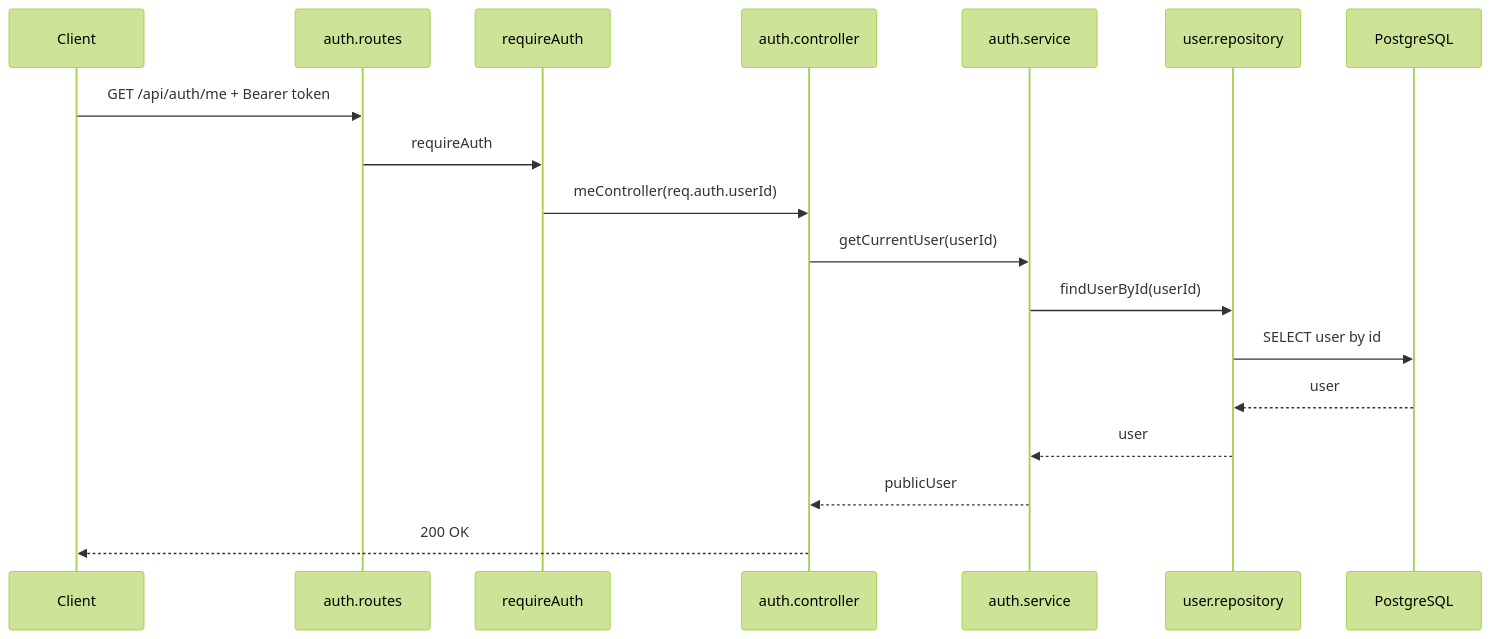
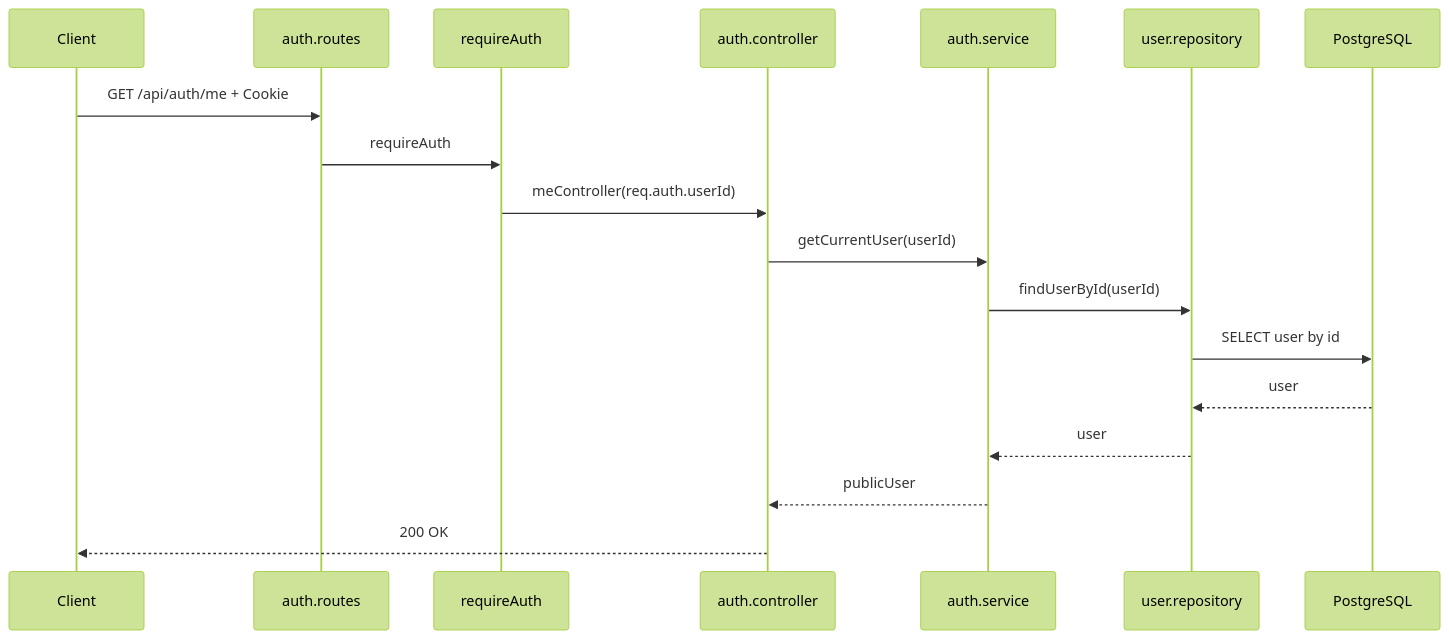
The third of 3 diagrams in backend/docs/auth-flow.md (CodeRacon/roomfull-2.0), drawn with Mermaid (forest theme) before and after one commit. The commit also changed other lines of this file and 32 other files, not shown here.

Commit message:
feat: add demo customer auth flow

````diff
--- a/backend/docs/auth-flow.md
+++ b/backend/docs/auth-flow.md
@@ -195,21 +251,21 @@
 ```mermaid
 sequenceDiagram
   participant C as Client
   participant R as auth.routes
   participant M as requireAuth
   participant CT as auth.controller
   participant S as auth.service
   participant UR as user.repository
   participant DB as PostgreSQL
 
-  C->>R: GET /api/auth/me + Bearer token
+  C->>R: GET /api/auth/me + Cookie
   R->>M: requireAuth
   M->>CT: meController(req.auth.userId)
   CT->>S: getCurrentUser(userId)
   S->>UR: findUserById(userId)
   UR->>DB: SELECT user by id
   DB-->>UR: user
   UR-->>S: user
   S-->>CT: publicUser
   CT-->>C: 200 OK
 ```
````
